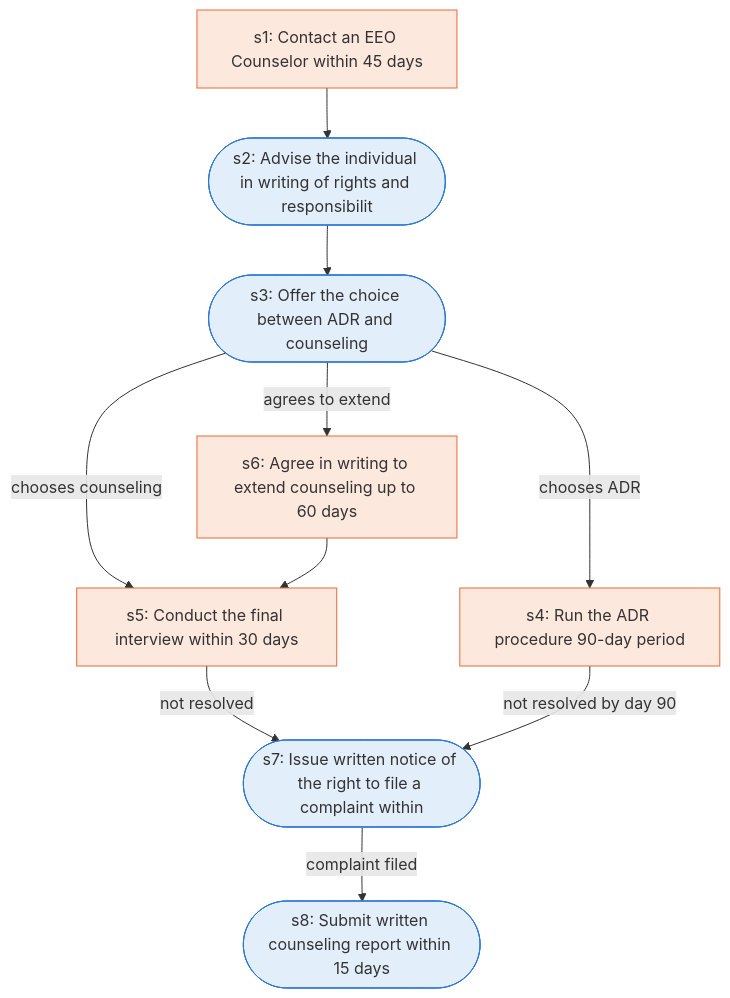
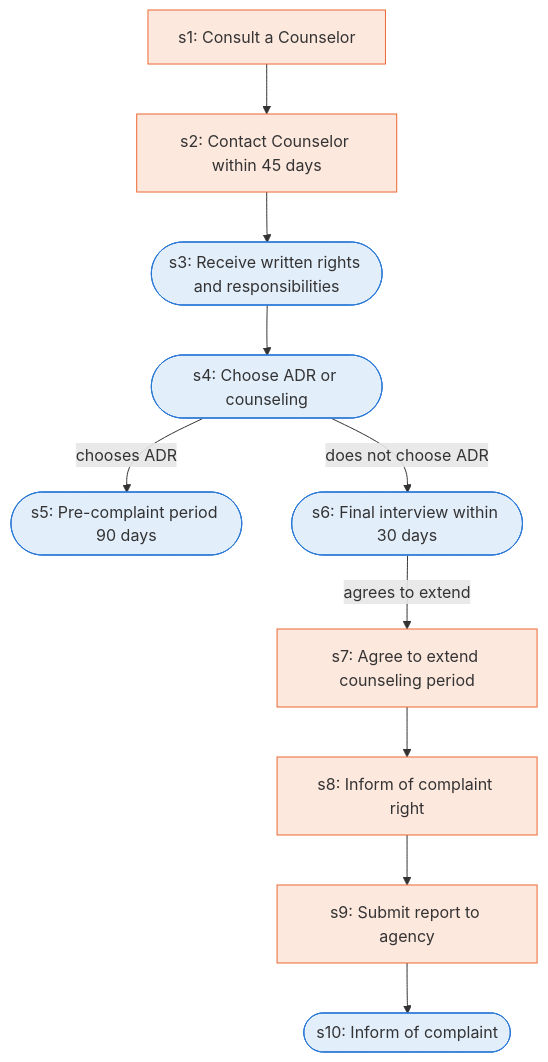
One commit to Jitesh-Mishra/sop-to-agent-workflows changed the diagram in docs/runbooks/eeo_precomplaint.md. Above: the diagram before and after it, drawn with Mermaid. The commit also changed other lines of this file and 172 other files, not shown here.

````diff
--- a/docs/runbooks/eeo_precomplaint.md
+++ b/docs/runbooks/eeo_precomplaint.md
@@ -7,24 +7,26 @@
 ```mermaid
 flowchart TD
-  s1["s1: Contact an EEO Counselor within 45 days"]
-  s2(["s2: Advise the individual in writing of rights and responsibilit"])
-  s3(["s3: Offer the choice between ADR and counseling"])
-  s4["s4: Run the ADR procedure 90-day period"]
-  s5["s5: Conduct the final interview within 30 days"]
-  s6["s6: Agree in writing to extend counseling up to 60 days"]
-  s7(["s7: Issue written notice of the right to file a complaint within"])
-  s8(["s8: Submit written counseling report within 15 days"])
+  s1["s1: Consult a Counselor"]
+  s2["s2: Contact Counselor within 45 days"]
+  s3(["s3: Receive written rights and responsibilities"])
+  s4(["s4: Choose ADR or counseling"])
+  s5(["s5: Pre-complaint period 90 days"])
+  s6(["s6: Final interview within 30 days"])
+  s7["s7: Agree to extend counseling period"]
+  s8["s8: Inform of complaint right"]
+  s9["s9: Submit report to agency"]
+  s10(["s10: Inform of complaint"])
   s1 --> s2
   s2 --> s3
-  s3 -->|chooses ADR| s4
-  s3 -->|chooses counseling| s5
-  s3 -->|agrees to extend| s6
-  s6 --> s5
-  s5 -->|not resolved| s7
-  s4 -->|not resolved by day 90| s7
-  s7 -->|complaint filed| s8
+  s3 --> s4
+  s4 -->|chooses ADR| s5
+  s4 -->|does not choose ADR| s6
+  s6 -->|agrees to extend| s7
+  s7 --> s8
+  s8 --> s9
+  s9 --> s10
   classDef agent fill:#e3eefb,stroke:#2a78d6
   classDef human fill:#fde8de,stroke:#eb6834
-  class s2,s3,s7,s8 agent
-  class s1,s4,s5,s6 human
+  class s3,s4,s5,s6,s10 agent
+  class s1,s2,s7,s8,s9 human
 ```
````
